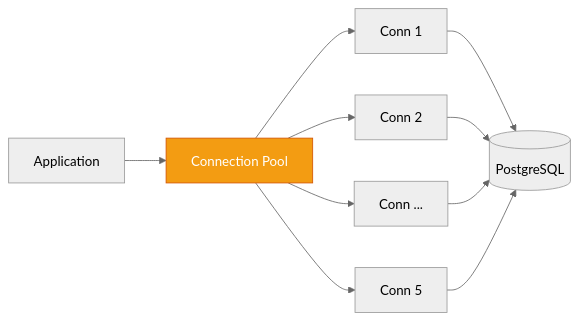
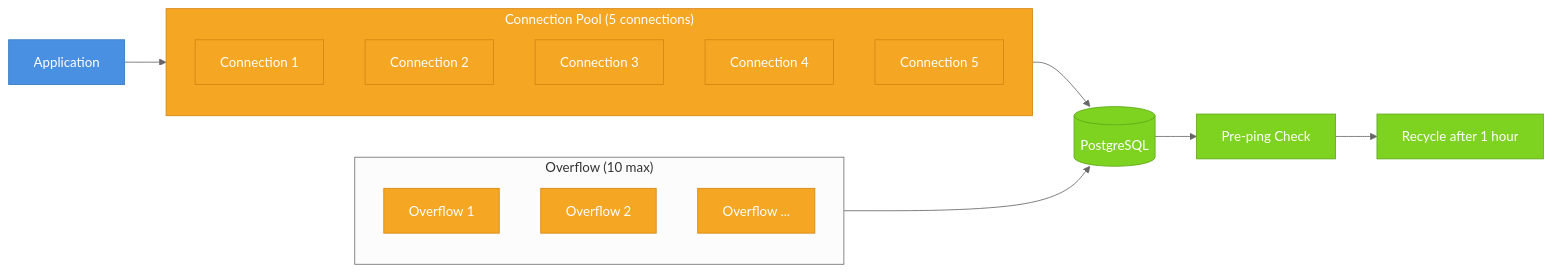
Before and after one commit to h19overflow/federated_learning: the fourth of 8 diagrams in federated_pneumonia_detection/src/boundary/README.md, drawn with Mermaid (neutral theme). The commit also changed other lines of this file and 8 other files, not shown here.

````diff
--- a/federated_pneumonia_detection/src/boundary/README.md
+++ b/federated_pneumonia_detection/src/boundary/README.md
@@ -82,14 +206,32 @@
 ```mermaid
 flowchart LR
     App[Application] --> Pool[Connection Pool]
-    Pool --> C1[Conn 1]
-    Pool --> C2[Conn 2]
-    Pool --> C3[Conn ...]
-    Pool --> C5[Conn 5]
-    C1 --> DB[(PostgreSQL)]
-    C2 --> DB
-    C3 --> DB
-    C5 --> DB
+    
+    subgraph Pool["Connection Pool (5 connections)"]
+        C1[Connection 1]
+        C2[Connection 2]
+        C3[Connection 3]
+        C4[Connection 4]
+        C5[Connection 5]
+    end
 
-    style Pool fill:#f39c12,stroke:#d35400,color:#fff
+    subgraph Overflow["Overflow (10 max)"]
+        O1[Overflow 1]
+        O2[Overflow 2]
+        O3[Overflow ...]
+    end
+
+    Pool --> DB[(PostgreSQL)]
+    Overflow --> DB
+
+    DB --> PrePing[Pre-ping Check]
+    PrePing --> Recycle[Recycle after 1 hour]
+
+    classDef pool fill:#F5A623,stroke:#D58512,color:#fff
+    classDef db fill:#7ED321,stroke:#5FA818,color:#fff
+    classDef config fill:#4A90E2,stroke:#357ABD,color:#fff
+
+    class Pool,C1,C2,C3,C4,C5,O1,O2,O3 pool
+    class DB,PrePing,Recycle db
+    class App config
 ```
````
